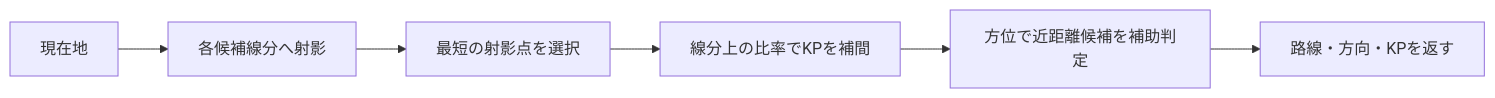
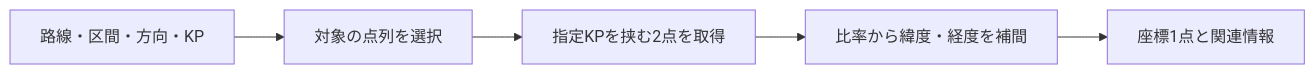
The diagram in docs/route-search-api.md (shoxtechlab/highway-kp-viewer-public), drawn with Mermaid before and after one commit. The commit also changed other lines of this file and 11 other files, not shown here.

````diff
--- a/docs/route-search-api.md
+++ b/docs/route-search-api.md
@@ -83,8 +43,7 @@
 ```mermaid
 flowchart LR
-  A[現在地] --> B[各候補線分へ射影]
-  B --> C[最短の射影点を選択]
-  C --> D[線分上の比率でKPを補間]
-  D --> E[方位で近距離候補を補助判定]
-  E --> F[路線・方向・KPを返す]
+    A[路線・区間・方向・KP] --> B[対象の点列を選択]
+    B --> C[指定KPを挟む2点を取得]
+    C --> D[比率から緯度・経度を補間]
+    D --> E[座標1点と関連情報]
 ```
````
